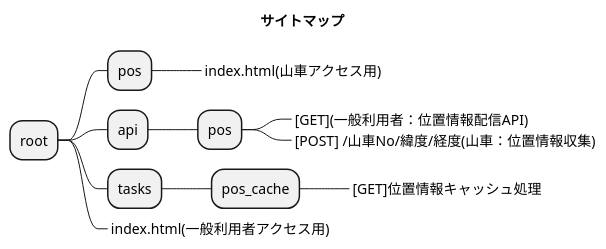
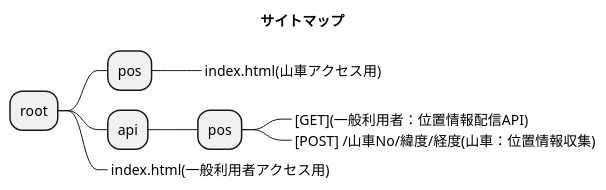
The diagram in doc/sitemap.puml (shimada-shimasho/shimadataisai-gae), drawn with PlantUML before and after one commit. The commit also changed 1 other file, not shown here.

Commit message:
サイトマップ, シーケンス図更新

```diff
--- a/doc/sitemap.puml
+++ b/doc/sitemap.puml
@@ -1,14 +1,11 @@
 @startmindmap sitemap
 title サイトマップ
 * root
 ** pos
 ***_ index.html(山車アクセス用)
 ** api
 *** pos
 ****_ [GET](一般利用者：位置情報配信API)
 ****_ [POST] /山車No/緯度/経度(山車：位置情報収集)
-** tasks
-*** pos_cache
-****_ [GET]位置情報キャッシュ処理
 **_ index.html(一般利用者アクセス用)
 @endmindmap
```
